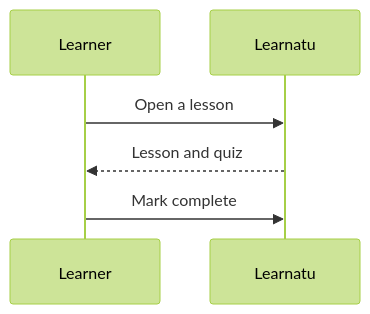
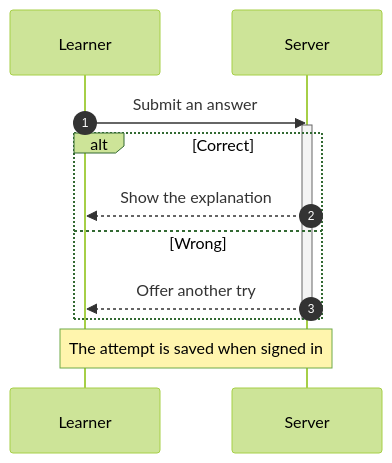
The sixth of 13 diagrams in content/courses/create-a-course/en/mermaid-diagrams.md (sanketn26/learnatu), drawn with Mermaid (forest theme) before and after one commit. The commit also changed other lines of this file and 24 other files, not shown here.

First line of the commit message:
feat: maths (KaTeX), richer Mermaid, new flowmap kinds, sequence and class diagram lessons

````diff
--- a/content/courses/create-a-course/en/mermaid-diagrams.md
+++ b/content/courses/create-a-course/en/mermaid-diagrams.md
@@ -35,8 +110,15 @@
 ```mermaid
 sequenceDiagram
+  autonumber
   participant L as Learner
-  participant S as Learnatu
-  L->>S: Open a lesson
-  S-->>L: Lesson and quiz
-  L->>S: Mark complete
+  participant S as Server
+  L->>S: Submit an answer
+  activate S
+  alt Correct
+    S-->>L: Show the explanation
+  else Wrong
+    S-->>L: Offer another try
+  end
+  deactivate S
+  Note over L,S: The attempt is saved when signed in
 ```
````
